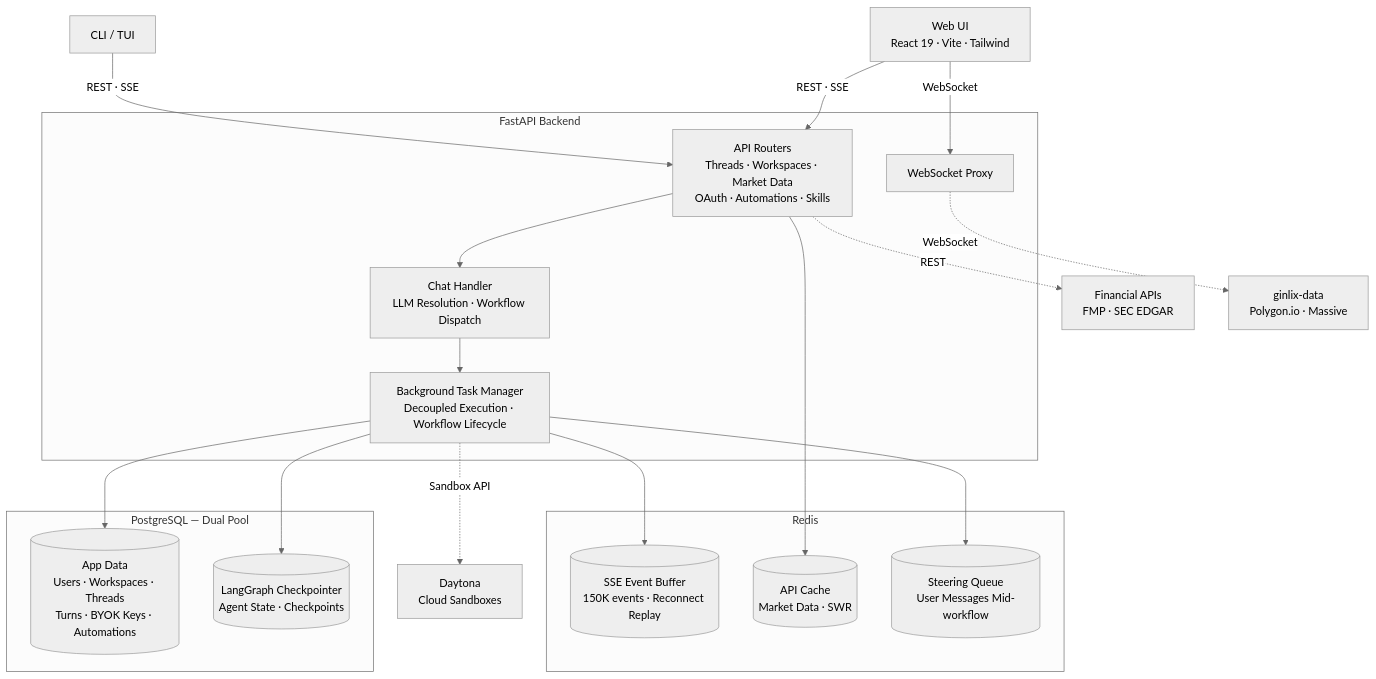
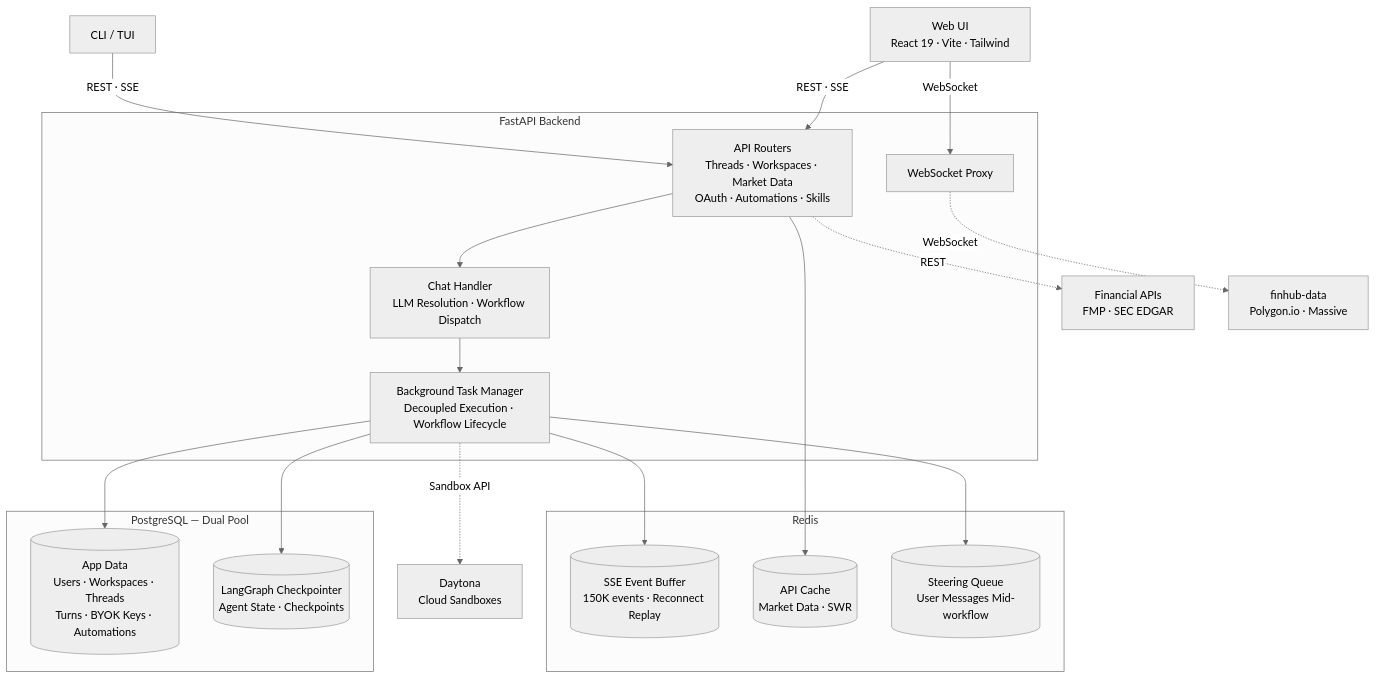
The first of 3 diagrams in README.md (Morningstar202604/FinHub), drawn with Mermaid before and after one commit. The commit also changed other lines of this file and 524 other files, not shown here.

````diff
--- a/README.md
+++ b/README.md
@@ -65,36 +78,36 @@
 ```mermaid
 %%{init: {'theme': 'neutral'}}%%
 
 flowchart TB
     Web["Web UI<br/>React 19 · Vite · Tailwind"] -- "REST · SSE" --> API
     Web -- "WebSocket" --> WSP
     CLI["CLI / TUI"] -- "REST · SSE" --> API
 
     subgraph Server ["FastAPI Backend"]
         API["API Routers<br/>Threads · Workspaces · Market Data<br/>OAuth · Automations · Skills"]
         WSP["WebSocket Proxy"]
         API --> ChatHandler["Chat Handler<br/>LLM Resolution · Workflow Dispatch"]
         ChatHandler --> BTM["Background Task Manager<br/>Decoupled Execution · Workflow Lifecycle"]
     end
 
     subgraph PostgreSQL ["PostgreSQL — Dual Pool"]
         AppPool[("App Data<br/>Users · Workspaces · Threads<br/>Turns · BYOK Keys · Automations")]
         CheckPool[("LangGraph Checkpointer<br/>Agent State · Checkpoints")]
     end
 
     subgraph Redis ["Redis"]
         EventBuf[("SSE Event Buffer<br/>150K events · Reconnect Replay")]
         DataCache[("API Cache<br/>Market Data · SWR")]
         Steering[("Steering Queue<br/>User Messages Mid-workflow")]
     end
 
     BTM --> AppPool
     BTM --> CheckPool
     BTM --> EventBuf
     BTM --> Steering
     API --> DataCache
 
     BTM -. "Sandbox API" .-> Daytona["Daytona<br/>Cloud Sandboxes"]
     API -. "REST" .-> FinAPIs["Financial APIs<br/>FMP · SEC EDGAR"]
-    WSP -. "WebSocket" .-> GData["ginlix-data<br/>Polygon.io · Massive"]
+    WSP -. "WebSocket" .-> GData["finhub-data<br/>Polygon.io · Massive"]
 ```
````
